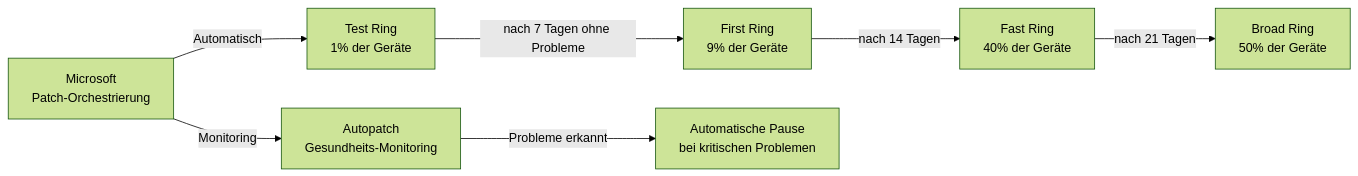
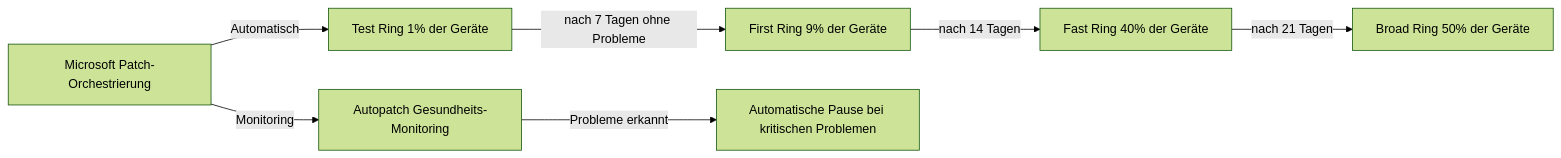
The first of 2 diagrams in Microsoft 365/Intune Suite/Microsoft Autopatch.md (SoniiiT/notes-n-docs), drawn with Mermaid (forest theme) before and after one commit. The commit also changed other lines of this file and 124 other files, not shown here.

First line of the commit message:
fix: Entferne \n aus allen Mermaid-Diagrammen (125 Dateien)

````diff
--- a/Microsoft 365/Intune Suite/Microsoft Autopatch.md
+++ b/Microsoft 365/Intune Suite/Microsoft Autopatch.md
@@ -34,10 +34,10 @@
 ```mermaid
 graph LR
-    MICROSOFT[Microsoft\nPatch-Orchestrierung] -->|Automatisch| RING_TEST[Test Ring\n1% der Geräte]
-    RING_TEST -->|nach 7 Tagen ohne Probleme| RING_FIRST[First Ring\n9% der Geräte]
-    RING_FIRST -->|nach 14 Tagen| RING_FAST[Fast Ring\n40% der Geräte]
-    RING_FAST -->|nach 21 Tagen| RING_BROAD[Broad Ring\n50% der Geräte]
+    MICROSOFT[Microsoft Patch-Orchestrierung] -->|Automatisch| RING_TEST[Test Ring 1% der Geräte]
+    RING_TEST -->|nach 7 Tagen ohne Probleme| RING_FIRST[First Ring 9% der Geräte]
+    RING_FIRST -->|nach 14 Tagen| RING_FAST[Fast Ring 40% der Geräte]
+    RING_FAST -->|nach 21 Tagen| RING_BROAD[Broad Ring 50% der Geräte]
     
-    MICROSOFT -->|Monitoring| MONITOR[Autopatch\nGesundheits-Monitoring]
-    MONITOR -->|Probleme erkannt| PAUSE[Automatische Pause\nbei kritischen Problemen]
+    MICROSOFT -->|Monitoring| MONITOR[Autopatch Gesundheits-Monitoring]
+    MONITOR -->|Probleme erkannt| PAUSE[Automatische Pause bei kritischen Problemen]
 ```
````
